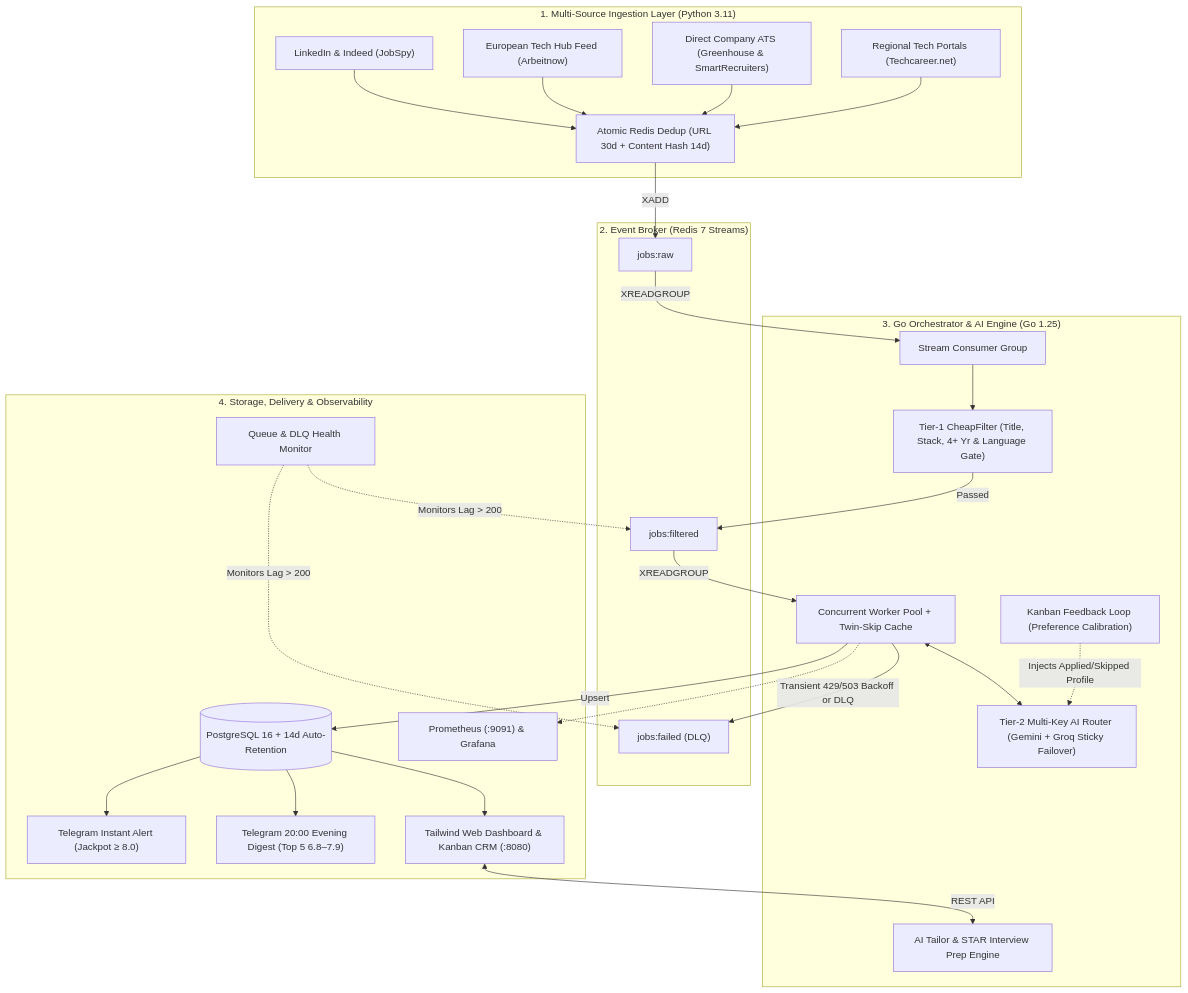
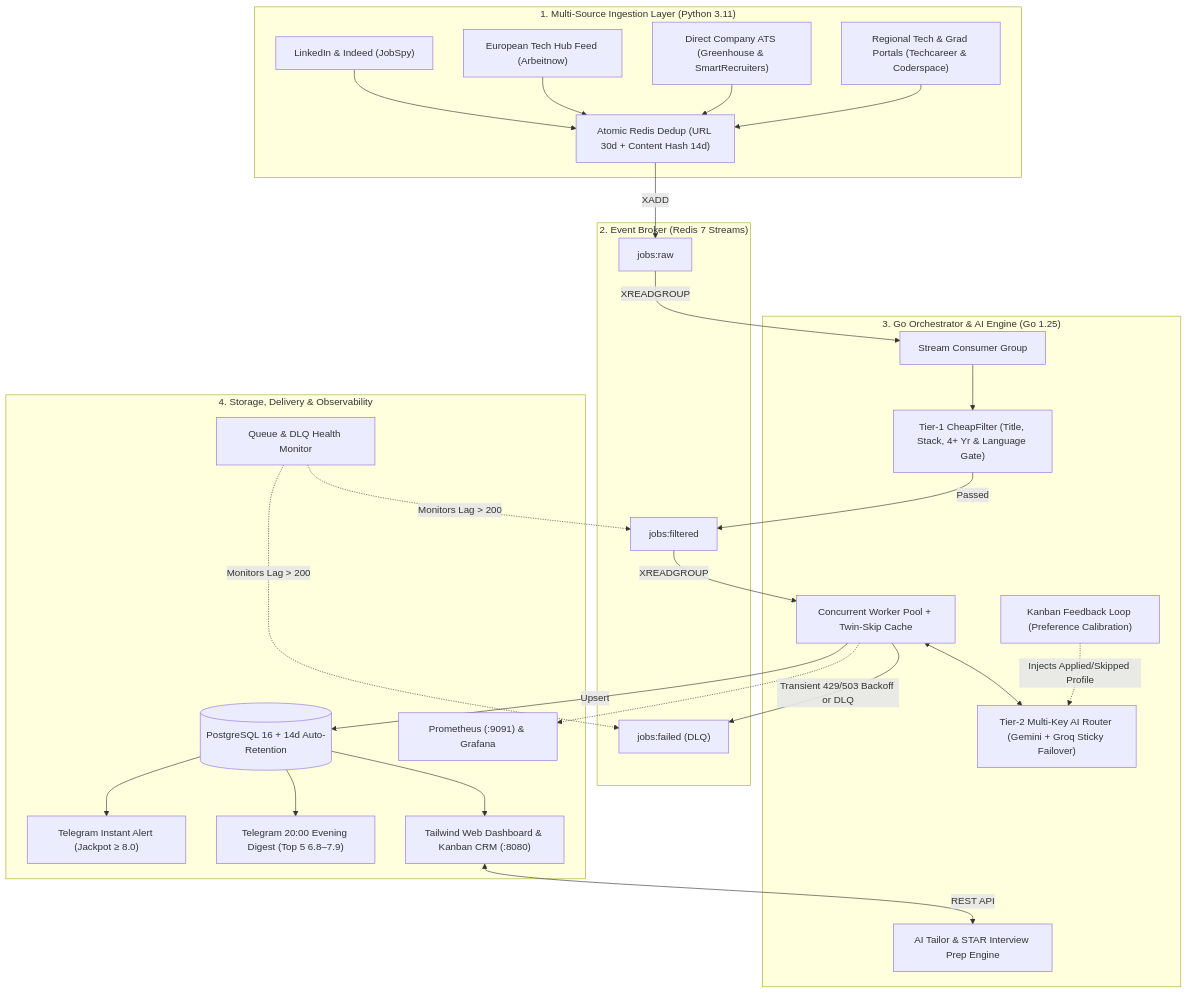
One commit to Ulas-Dursun/job-hunter changed the diagram in README.md. Above: the diagram before and after it, drawn with Mermaid. The commit also changed other lines of this file and 17 other files, not shown here.

````diff
--- a/README.md
+++ b/README.md
@@ -17,47 +18,47 @@
 ```mermaid
 flowchart TD
     subgraph S1["1. Multi-Source Ingestion Layer (Python 3.11)"]
         A1["LinkedIn & Indeed (JobSpy)"]
         A2["European Tech Hub Feed (Arbeitnow)"]
         A3["Direct Company ATS (Greenhouse & SmartRecruiters)"]
-        A4["Regional Tech Portals (Techcareer.net)"]
+        A4["Regional Tech & Grad Portals (Techcareer & Coderspace)"]
         A5["Atomic Redis Dedup (URL 30d + Content Hash 14d)"]
     end
 
     subgraph S2["2. Event Broker (Redis 7 Streams)"]
         B["jobs:raw"]
         E["jobs:filtered"]
         F_DLQ["jobs:failed (DLQ)"]
     end
 
     subgraph S3["3. Go Orchestrator & AI Engine (Go 1.25)"]
         C["Stream Consumer Group"]
         D["Tier-1 CheapFilter (Title, Stack, 4+ Yr & Language Gate)"]
         W["Concurrent Worker Pool + Twin-Skip Cache"]
         G["Tier-2 Multi-Key AI Router (Gemini + Groq Sticky Failover)"]
         FB["Kanban Feedback Loop (Preference Calibration)"]
         T["AI Tailor & STAR Interview Prep Engine"]
     end
 
     subgraph S4["4. Storage, Delivery & Observability"]
         H[("PostgreSQL 16 + 14d Auto-Retention")]
         I1["Telegram Instant Alert (Jackpot ≥ 8.0)"]
         I2["Telegram 20:00 Evening Digest (Top 5 6.8–7.9)"]
         I3["Queue & DLQ Health Monitor"]
         J["Tailwind Web Dashboard & Kanban CRM (:8080)"]
         K["Prometheus (:9091) & Grafana"]
     end
 
     A1 & A2 & A3 & A4 --> A5 -->|XADD| B
     B -->|XREADGROUP| C --> D
     D -->|Passed| E
     E -->|XREADGROUP| W
     W <--> G
     FB -.->|Injects Applied/Skipped Profile| G
     W -->|Transient 429/503 Backoff or DLQ| F_DLQ
     W -->|Upsert| H
     H --> I1 & I2 & J
     J <-->|REST API| T
     I3 -.->|Monitors Lag > 200| E & F_DLQ
     W -.-> K
 ```
````
